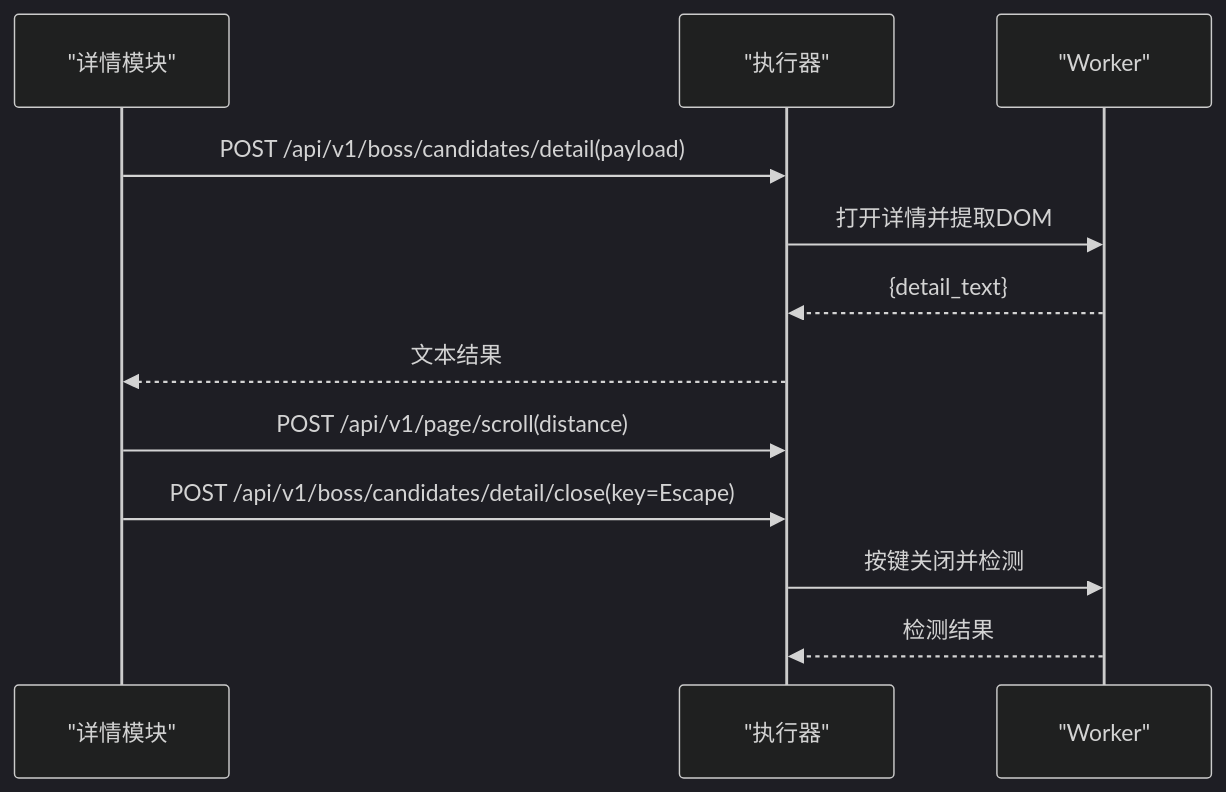
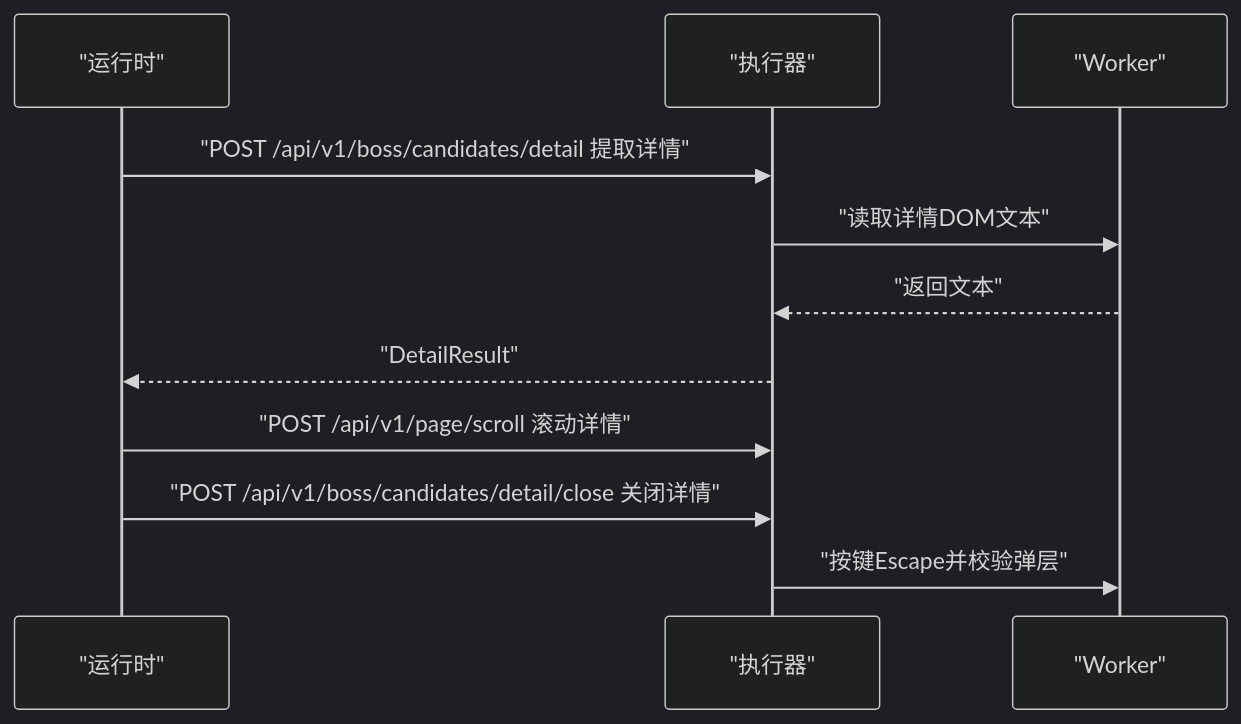
One commit to alvinwangzi/goodhr changed the seventh of 9 diagrams in .qoder/repowiki/zh/content/本地执行器/平台适配器/前程无忧适配器/前程无忧适配器.md. Above: the diagram before and after it, drawn with Mermaid (dark theme). The commit also changed other lines of this file and 149 other files, not shown here.

````diff
--- a/.qoder/repowiki/zh/content/本地执行器/平台适配器/前程无忧适配器/前程无忧适配器.md
+++ b/.qoder/repowiki/zh/content/本地执行器/平台适配器/前程无忧适配器/前程无忧适配器.md
@@ -243,14 +231,13 @@
 ```mermaid
 sequenceDiagram
-participant D as "详情模块"
+participant R as "运行时"
 participant E as "执行器"
 participant W as "Worker"
-D->>E : POST /api/v1/boss/candidates/detail(payload)
-E->>W : 打开详情并提取DOM
-W-->>E : {detail_text}
-E-->>D : 文本结果
-D->>E : POST /api/v1/page/scroll(distance)
-D->>E : POST /api/v1/boss/candidates/detail/close(key=Escape)
-E->>W : 按键关闭并检测
-W-->>E : 检测结果
+R->>E : "POST /api/v1/boss/candidates/detail 提取详情"
+E->>W : "读取详情DOM文本"
+W-->>E : "返回文本"
+E-->>R : "DetailResult"
+R->>E : "POST /api/v1/page/scroll 滚动详情"
+R->>E : "POST /api/v1/boss/candidates/detail/close 关闭详情"
+E->>W : "按键Escape并校验弹层"
 ```
````
